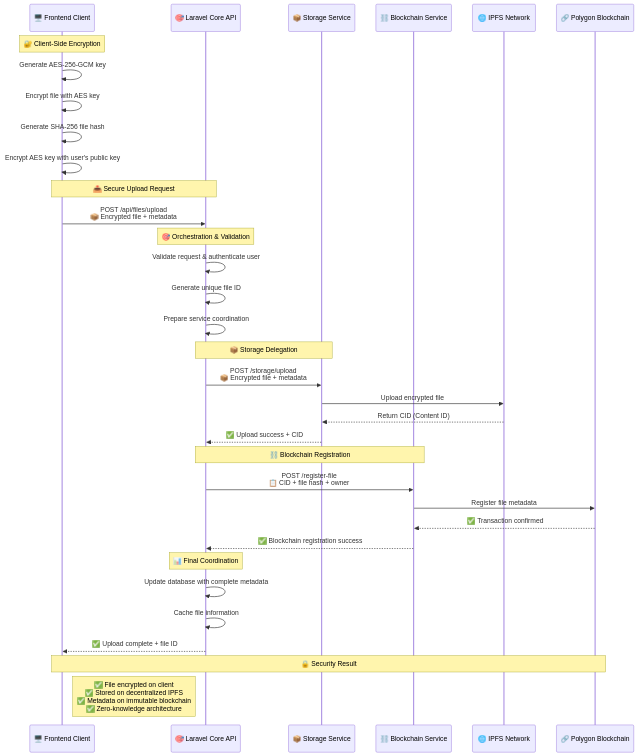
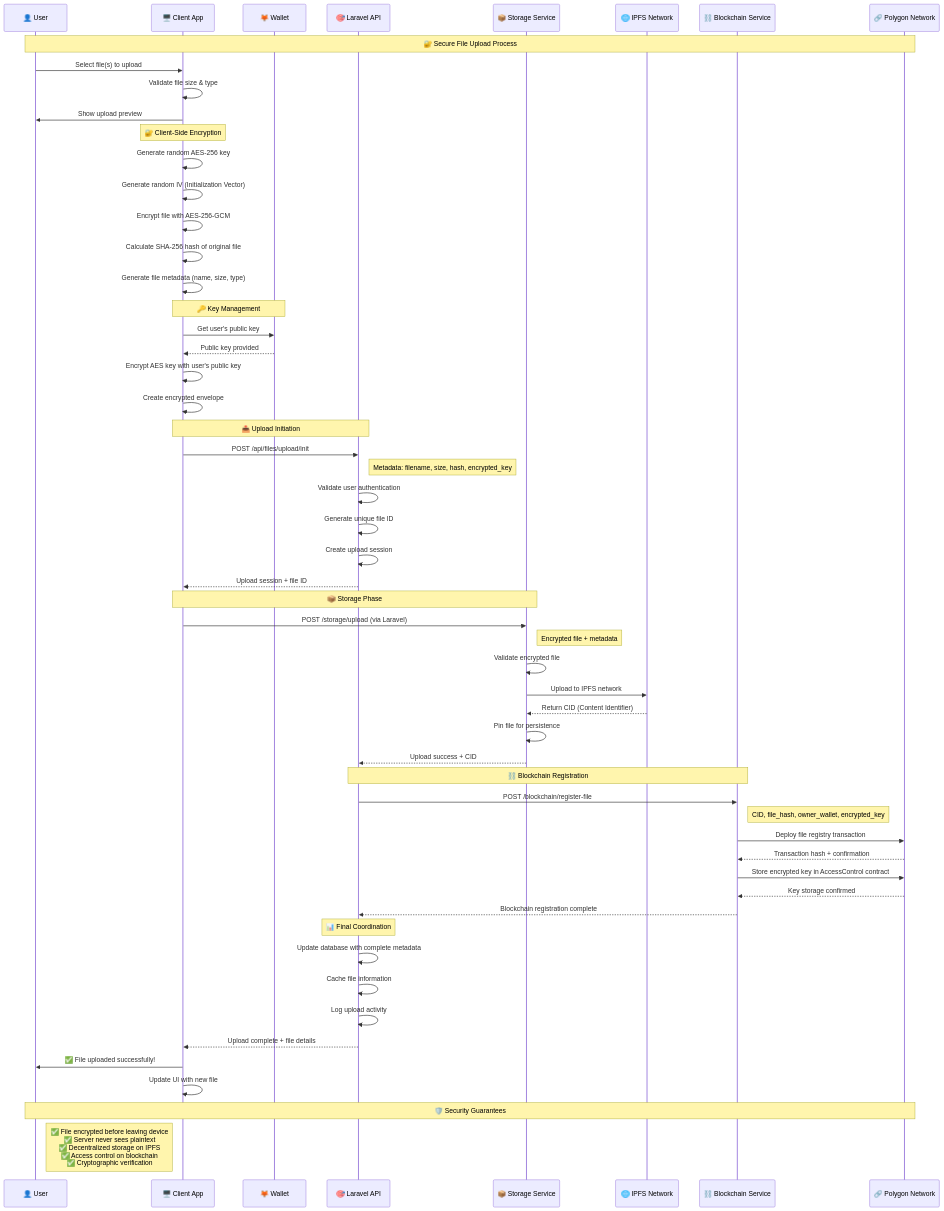
Before and after one commit to MossabMilha/OM-VaultChain: the sixth of 12 diagrams in README.md, drawn with Mermaid. The commit also changed other lines of this file, not shown here.

````diff
--- a/README.md
+++ b/README.md
@@ -197,43 +328,68 @@
 ```mermaid
 sequenceDiagram
-    participant Client as 🖥️ Frontend Client
-    participant Laravel as 🎯 Laravel Core API
-    participant Storage as 📦 Storage Service
-    participant Blockchain as ⛓️ Blockchain Service
-    participant IPFS as 🌐 IPFS Network
-    participant Polygon as 🔗 Polygon Blockchain
+    participant U as 👤 User
+    participant C as 🖥️ Client App
+    participant W as 🦊 Wallet
+    participant A as 🎯 Laravel API
+    participant S as 📦 Storage Service
+    participant I as 🌐 IPFS Network
+    participant B as ⛓️ Blockchain Service
+    participant P as 🔗 Polygon Network
 
-    Note over Client: 🔐 Client-Side Encryption
-    Client->>Client: Generate AES-256-GCM key
-    Client->>Client: Encrypt file with AES key
-    Client->>Client: Generate SHA-256 file hash
-    Client->>Client: Encrypt AES key with user's public key
+    Note over U,P: 🔐 Secure File Upload Process
 
-    Note over Client,Laravel: 📤 Secure Upload Request
-    Client->>Laravel: POST /api/files/upload<br/>📦 Encrypted file + metadata
+    U->>C: Select file(s) to upload
+    C->>C: Validate file size & type
+    C->>U: Show upload preview
 
-    Note over Laravel: 🎯 Orchestration & Validation
-    Laravel->>Laravel: Validate request & authenticate user
-    Laravel->>Laravel: Generate unique file ID
-    Laravel->>Laravel: Prepare service coordination
+    Note over C: 🔐 Client-Side Encryption
+    C->>C: Generate random AES-256 key
+    C->>C: Generate random IV (Initialization Vector)
+    C->>C: Encrypt file with AES-256-GCM
+    C->>C: Calculate SHA-256 hash of original file
+    C->>C: Generate file metadata (name, size, type)
 
-    Note over Laravel,Storage: 📦 Storage Delegation
-    Laravel->>Storage: POST /storage/upload<br/>📦 Encrypted file + metadata
-    Storage->>IPFS: Upload encrypted file
-    IPFS-->>Storage: Return CID (Content ID)
-    Storage-->>Laravel: ✅ Upload success + CID
+    Note over C,W: 🔑 Key Management
+    C->>W: Get user's public key
+    W-->>C: Public key provided
+    C->>C: Encrypt AES key with user's public key
+    C->>C: Create encrypted envelope
 
-    Note over Laravel,Blockchain: ⛓️ Blockchain Registration
-    Laravel->>Blockchain: POST /register-file<br/>📋 CID + file hash + owner
-    Blockchain->>Polygon: Register file metadata
-    Polygon-->>Blockchain: ✅ Transaction confirmed
-    Blockchain-->>Laravel: ✅ Blockchain registration success
+    Note over C,A: 📤 Upload Initiation
+    C->>A: POST /api/files/upload/init
+    Note right of A: Metadata: filename, size, hash, encrypted_key
+    A->>A: Validate user authentication
+    A->>A: Generate unique file ID
+    A->>A: Create upload session
+    A-->>C: Upload session + file ID
 
-    Note over Laravel: 📊 Final Coordination
-    Laravel->>Laravel: Update database with complete metadata
-    Laravel->>Laravel: Cache file information
-    Laravel-->>Client: ✅ Upload complete + file ID
+    Note over C,S: 📦 Storage Phase
+    C->>S: POST /storage/upload (via Laravel)
+    Note right of S: Encrypted file + metadata
+    S->>S: Validate encrypted file
+    S->>I: Upload to IPFS network
+    I-->>S: Return CID (Content Identifier)
+    S->>S: Pin file for persistence
+    S-->>A: Upload success + CID
 
-    Note over Client,Polygon: 🔒 Security Result
-    Note right of Client: ✅ File encrypted on client<br/>✅ Stored on decentralized IPFS<br/>✅ Metadata on immutable blockchain<br/>✅ Zero-knowledge architecture
+    Note over A,B: ⛓️ Blockchain Registration
+    A->>B: POST /blockchain/register-file
+    Note right of B: CID, file_hash, owner_wallet, encrypted_key
+    B->>P: Deploy file registry transaction
+    P-->>B: Transaction hash + confirmation
+    B->>P: Store encrypted key in AccessControl contract
+    P-->>B: Key storage confirmed
+    B-->>A: Blockchain registration complete
+
+    Note over A: 📊 Final Coordination
+    A->>A: Update database with complete metadata
+    A->>A: Cache file information
+    A->>A: Log upload activity
+    A-->>C: Upload complete + file details
+
+    C->>U: ✅ File uploaded successfully!
+    C->>C: Update UI with new file
+
+    Note over U,P: 🛡️ Security Guarantees
+    Note right of U: ✅ File encrypted before leaving device<br/>✅ Server never sees plaintext<br/>✅ Decentralized storage on IPFS<br/>✅ Access control on blockchain<br/>✅ Cryptographic verification
 ```
````
